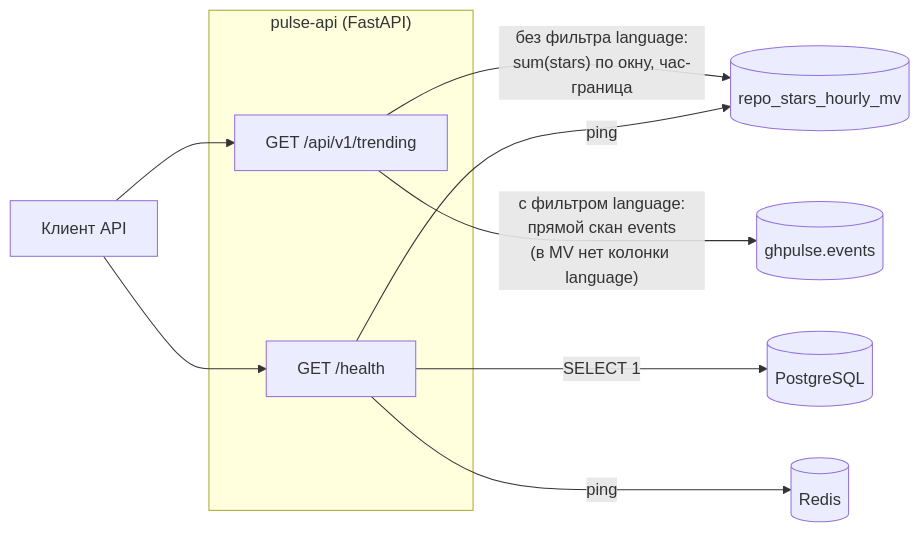
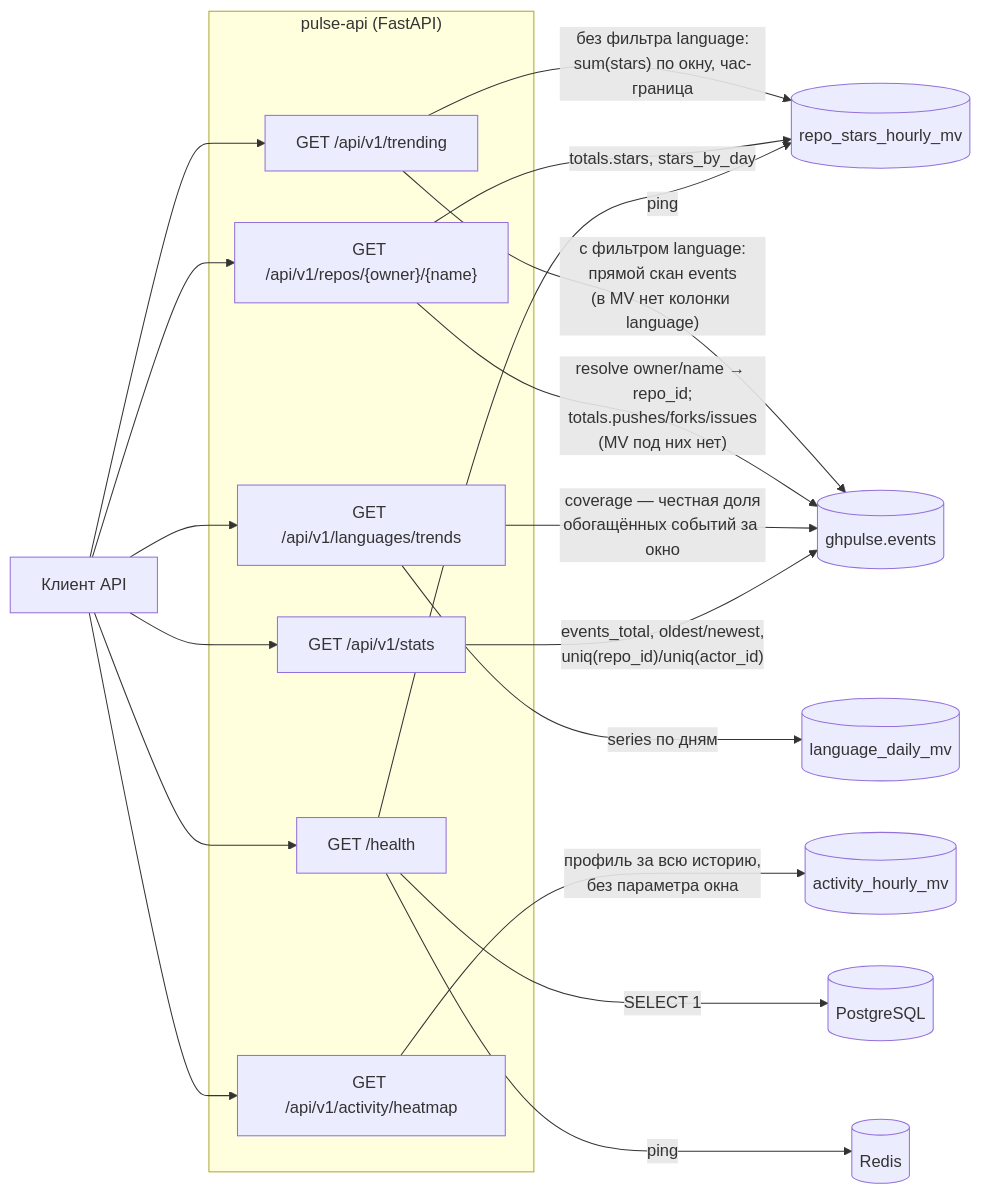
One commit to KrimsN/gh-pulse changed the second of 3 diagrams in docs/DATA_FLOW.md. Above: the diagram before and after it, drawn with Mermaid. The commit also changed other lines of this file and 5 other files, not shown here.

````diff
--- a/docs/DATA_FLOW.md
+++ b/docs/DATA_FLOW.md
@@ -79,23 +79,39 @@
 ```mermaid
 flowchart LR
     CLIENT["Клиент API"]
 
     subgraph api["pulse-api (FastAPI)"]
         TREND["GET /api/v1/trending"]
+        REPO["GET /api/v1/repos/{owner}/{name}"]
+        LANG["GET /api/v1/languages/trends"]
+        HEAT["GET /api/v1/activity/heatmap"]
+        STATS["GET /api/v1/stats"]
         HEALTH["GET /health"]
     end
 
     MV1[("repo_stars_hourly_mv")]
+    MV2[("language_daily_mv")]
+    MV3[("activity_hourly_mv")]
     EVENTS[("ghpulse.events")]
     PG[("PostgreSQL")]
     REDIS[("Redis")]
 
     CLIENT --> TREND
+    CLIENT --> REPO
+    CLIENT --> LANG
+    CLIENT --> HEAT
+    CLIENT --> STATS
     CLIENT --> HEALTH
 
     TREND -- "без фильтра language:<br/>sum(stars) по окну, час-граница" --> MV1
     TREND -- "с фильтром language:<br/>прямой скан events<br/>(в MV нет колонки language)" --> EVENTS
+    REPO -- "totals.stars, stars_by_day" --> MV1
+    REPO -- "resolve owner/name → repo_id;<br/>totals.pushes/forks/issues<br/>(MV под них нет)" --> EVENTS
+    LANG -- "series по дням" --> MV2
+    LANG -- "coverage — честная доля<br/>обогащённых событий за окно" --> EVENTS
+    HEAT -- "профиль за всю историю,<br/>без параметра окна" --> MV3
+    STATS -- "events_total, oldest/newest,<br/>uniq(repo_id)/uniq(actor_id)" --> EVENTS
     HEALTH -- ping --> MV1
     HEALTH -- "SELECT 1" --> PG
     HEALTH -- ping --> REDIS
 ```
````
